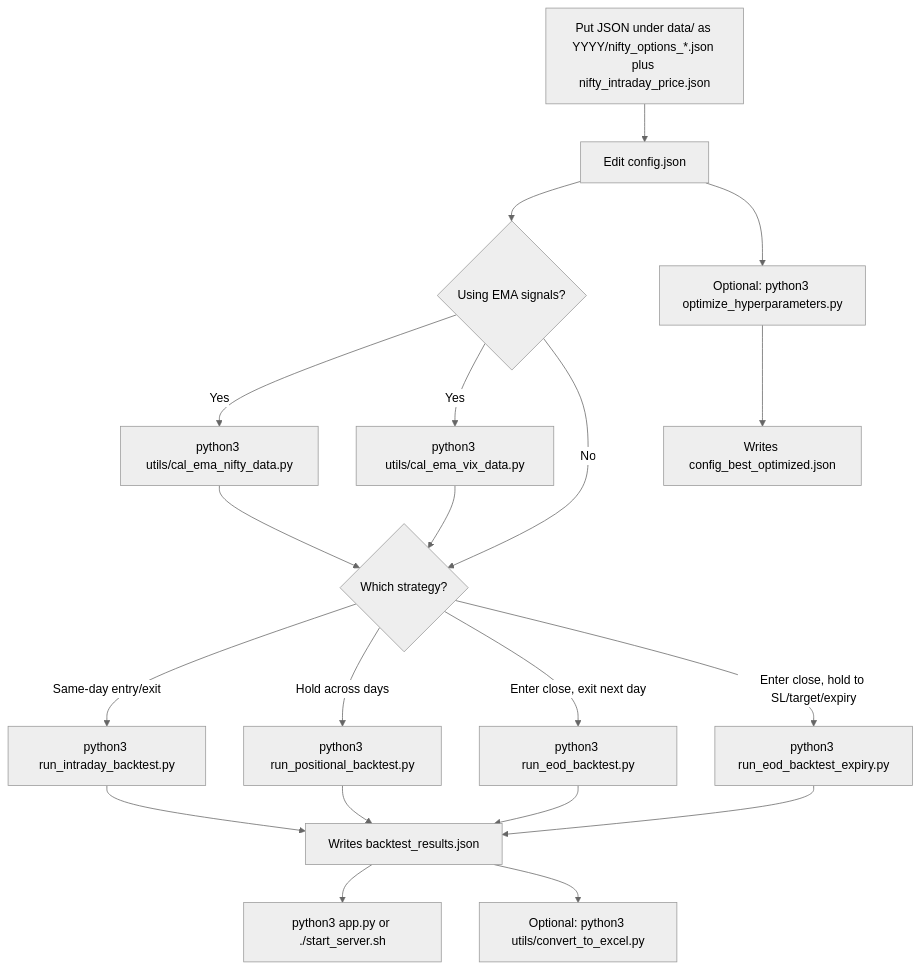
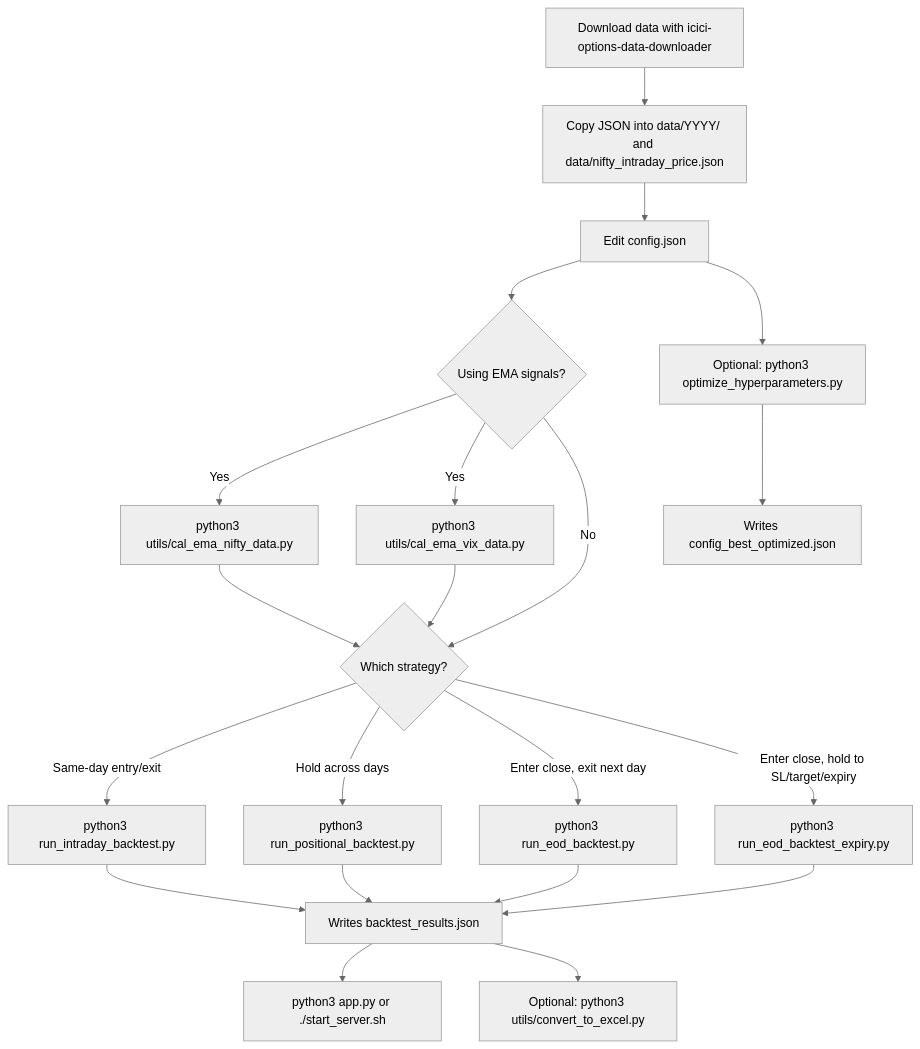
The diagram in README.md (KushalAzza/options-data-backtester), drawn with Mermaid (neutral theme) before and after one commit. The commit also changed other lines of this file, not shown here.

Commit message:
Point data setup at icici-options-data-downloader.

````diff
--- a/README.md
+++ b/README.md
@@ -57,23 +61,24 @@
 ```mermaid
 flowchart TD
-    data["Put JSON under data/ as YYYY/nifty_options_*.json plus nifty_intraday_price.json"] --> cfg["Edit config.json"]
+    downloader["Download data with icici-options-data-downloader"] --> copy["Copy JSON into data/YYYY/ and data/nifty_intraday_price.json"]
+    copy --> cfg["Edit config.json"]
     cfg --> ema{"Using EMA signals?"}
     ema -->|Yes| niftyEma["python3 utils/cal_ema_nifty_data.py"]
     ema -->|Yes| vixEma["python3 utils/cal_ema_vix_data.py"]
     ema -->|No| pick
     niftyEma --> pick
     vixEma --> pick
     pick{"Which strategy?"}
     pick -->|Same-day entry/exit| intra["python3 run_intraday_backtest.py"]
     pick -->|Hold across days| pos["python3 run_positional_backtest.py"]
     pick -->|Enter close, exit next day| eod["python3 run_eod_backtest.py"]
     pick -->|Enter close, hold to SL/target/expiry| eodExp["python3 run_eod_backtest_expiry.py"]
     intra --> results["Writes backtest_results.json"]
     pos --> results
     eod --> results
     eodExp --> results
     results --> dash["python3 app.py or ./start_server.sh"]
     results --> xlsx["Optional: python3 utils/convert_to_excel.py"]
     cfg --> optuna["Optional: python3 optimize_hyperparameters.py"]
     optuna --> best["Writes config_best_optimized.json"]
 ```
````
